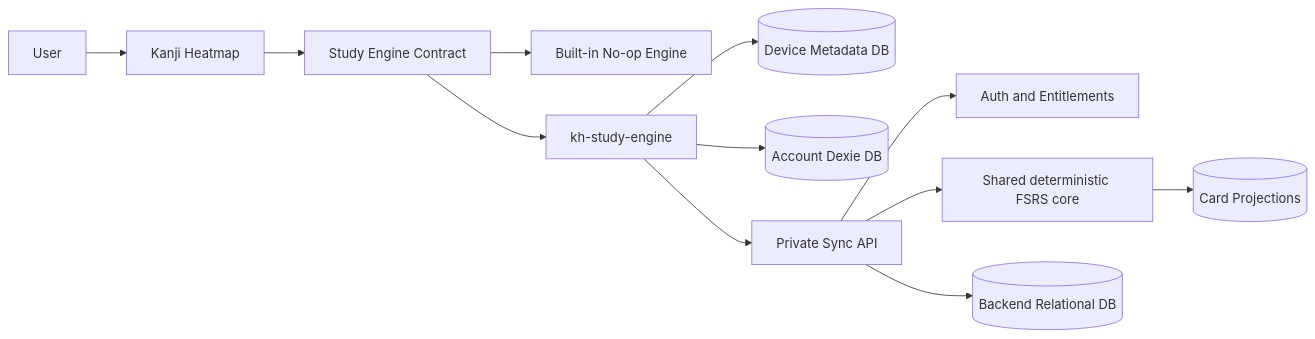
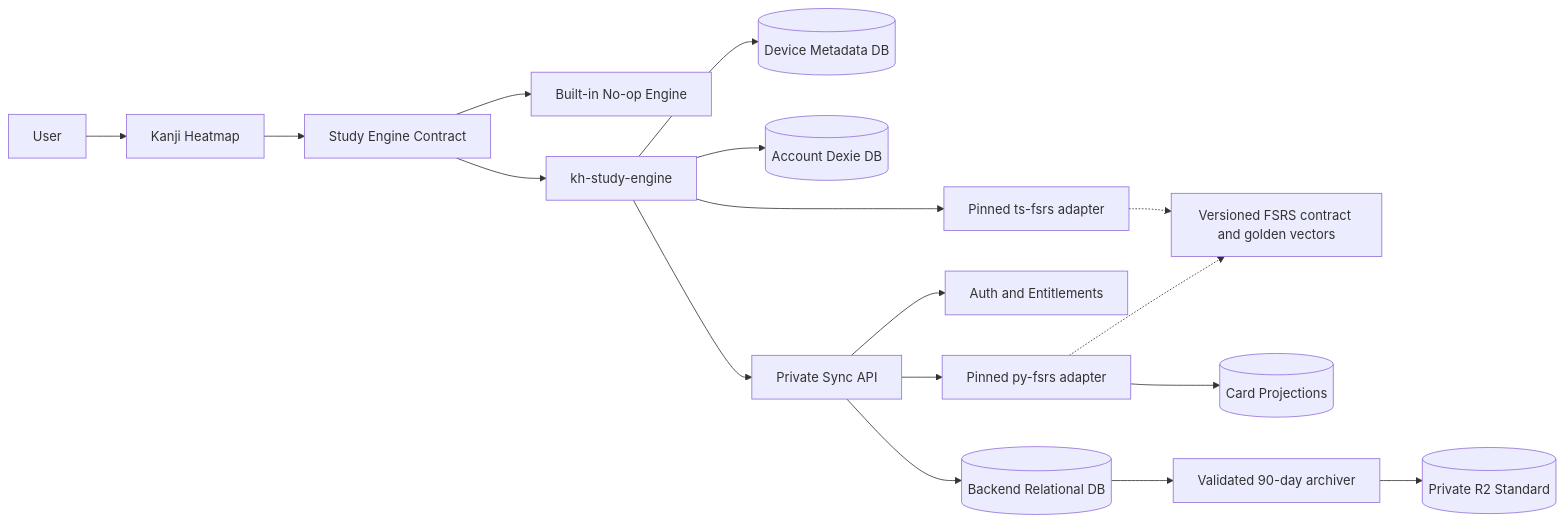
One commit to PikaPikaGems/kanji-heatmap changed the first of 11 diagrams in docs/notes/STUDY-ENGINE-PLAN-V2.md. Above: the diagram before and after it, drawn with Mermaid. The commit also changed other lines of this file and 2 other files, not shown here.

First line of the commit message:
Adopt 90-day review-event cold archival into the study engine V2 plan.

````diff
--- a/docs/notes/STUDY-ENGINE-PLAN-V2.md
+++ b/docs/notes/STUDY-ENGINE-PLAN-V2.md
@@ -47,14 +49,19 @@
 ```mermaid
 flowchart LR
     User[User] --> App["Kanji Heatmap"]
     App --> Contract["Study Engine Contract"]
     Contract --> Noop["Built-in No-op Engine"]
     Contract --> Engine["kh-study-engine"]
+    Engine --> BrowserScheduler["Pinned ts-fsrs adapter"]
     Engine --> DeviceDB[(Device Metadata DB)]
     Engine --> AccountDB[(Account Dexie DB)]
     Engine --> API[Private Sync API]
     API --> Auth[Auth and Entitlements]
-    API --> Scheduler["Shared deterministic FSRS core"]
-    Scheduler --> Projections[(Card Projections)]
+    API --> BackendScheduler["Pinned py-fsrs adapter"]
+    BrowserScheduler -.-> FsrsContract["Versioned FSRS contract and golden vectors"]
+    BackendScheduler -.-> FsrsContract
+    BackendScheduler --> Projections[(Card Projections)]
     API --> BackendDB[(Backend Relational DB)]
+    BackendDB --> Archiver["Validated 90-day archiver"]
+    Archiver --> R2[(Private R2 Standard)]
 ```
````
